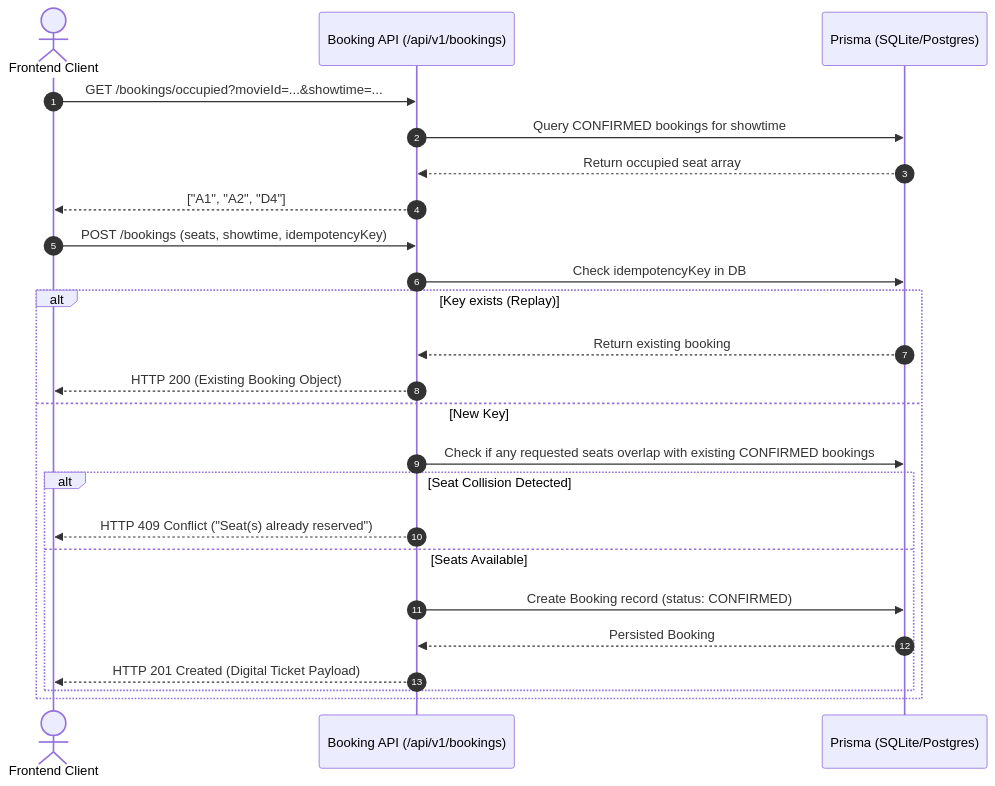
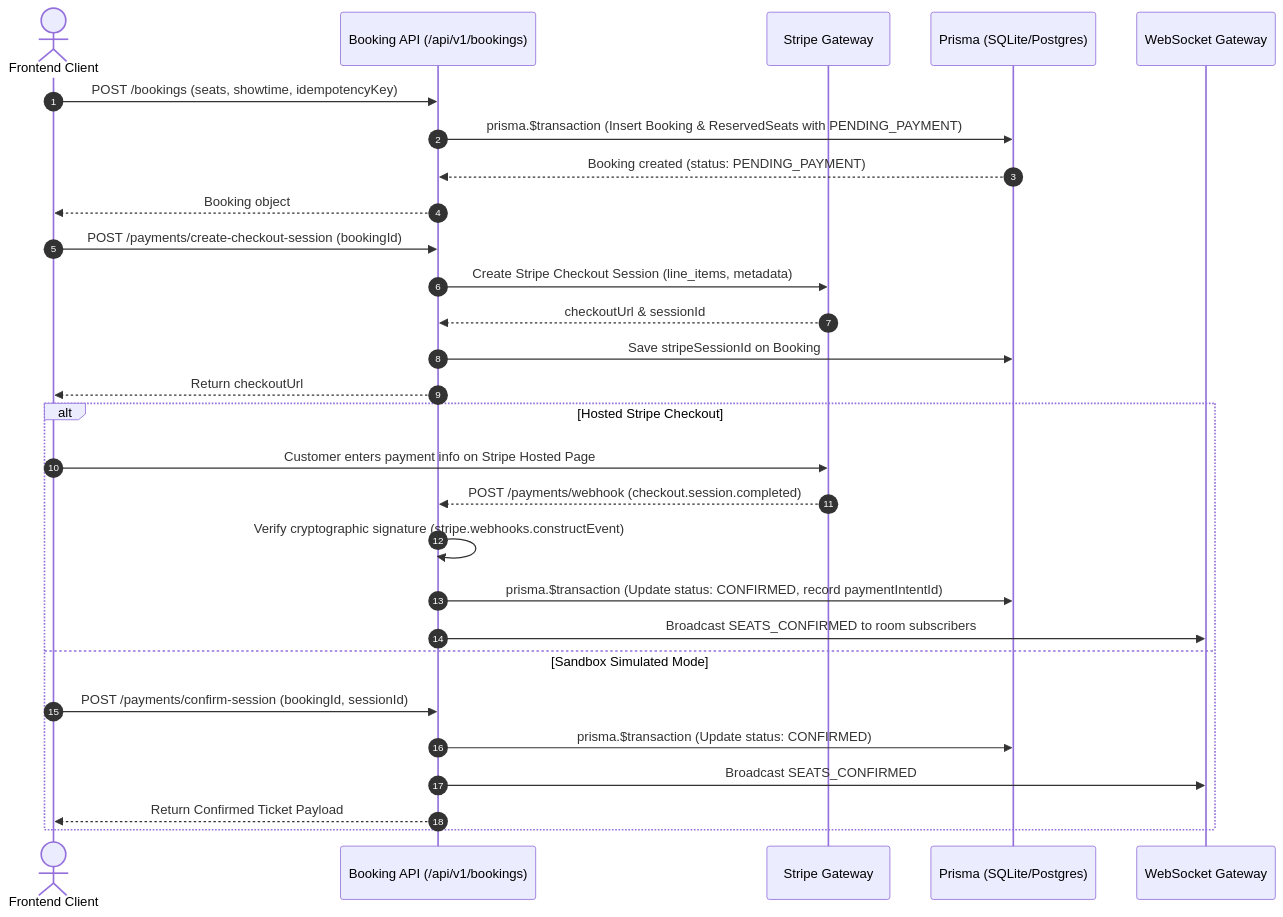
The second of 2 diagrams in docs/architecture-guide.md (Deepesh70/Flex-Watch), drawn with Mermaid before and after one commit. The commit also changed other lines of this file and 26 other files, not shown here.

````diff
--- a/docs/architecture-guide.md
+++ b/docs/architecture-guide.md
@@ -168,28 +212,33 @@
 ```mermaid
 sequenceDiagram
     autonumber
     actor Client as Frontend Client
     participant API as Booking API (/api/v1/bookings)
+    participant Stripe as Stripe Gateway
     participant DB as Prisma (SQLite/Postgres)
-
-    Client->>API: GET /bookings/occupied?movieId=...&showtime=...
-    API->>DB: Query CONFIRMED bookings for showtime
-    DB-->>API: Return occupied seat array
-    API-->>Client: ["A1", "A2", "D4"]
+    participant WS as WebSocket Gateway
 
     Client->>API: POST /bookings (seats, showtime, idempotencyKey)
-    API->>DB: Check idempotencyKey in DB
-    alt Key exists (Replay)
-        DB-->>API: Return existing booking
-        API-->>Client: HTTP 200 (Existing Booking Object)
-    else New Key
-        API->>DB: Check if any requested seats overlap with existing CONFIRMED bookings
-        alt Seat Collision Detected
-            API-->>Client: HTTP 409 Conflict ("Seat(s) already reserved")
-        else Seats Available
-            API->>DB: Create Booking record (status: CONFIRMED)
-            DB-->>API: Persisted Booking
-            API-->>Client: HTTP 201 Created (Digital Ticket Payload)
-        end
+    API->>DB: prisma.$transaction (Insert Booking & ReservedSeats with PENDING_PAYMENT)
+    DB-->>API: Booking created (status: PENDING_PAYMENT)
+    API-->>Client: Booking object
+
+    Client->>API: POST /payments/create-checkout-session (bookingId)
+    API->>Stripe: Create Stripe Checkout Session (line_items, metadata)
+    Stripe-->>API: checkoutUrl & sessionId
+    API->>DB: Save stripeSessionId on Booking
+    API-->>Client: Return checkoutUrl
+
+    alt Hosted Stripe Checkout
+        Client->>Stripe: Customer enters payment info on Stripe Hosted Page
+        Stripe-->>API: POST /payments/webhook (checkout.session.completed)
+        API->>API: Verify cryptographic signature (stripe.webhooks.constructEvent)
+        API->>DB: prisma.$transaction (Update status: CONFIRMED, record paymentIntentId)
+        API->>WS: Broadcast SEATS_CONFIRMED to room subscribers
+    else Sandbox Simulated Mode
+        Client->>API: POST /payments/confirm-session (bookingId, sessionId)
+        API->>DB: prisma.$transaction (Update status: CONFIRMED)
+        API->>WS: Broadcast SEATS_CONFIRMED
+        API-->>Client: Return Confirmed Ticket Payload
     end
 ```
````
